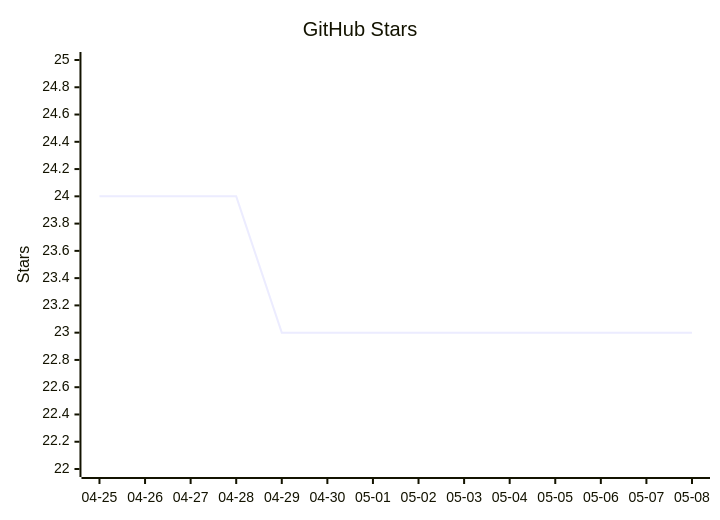
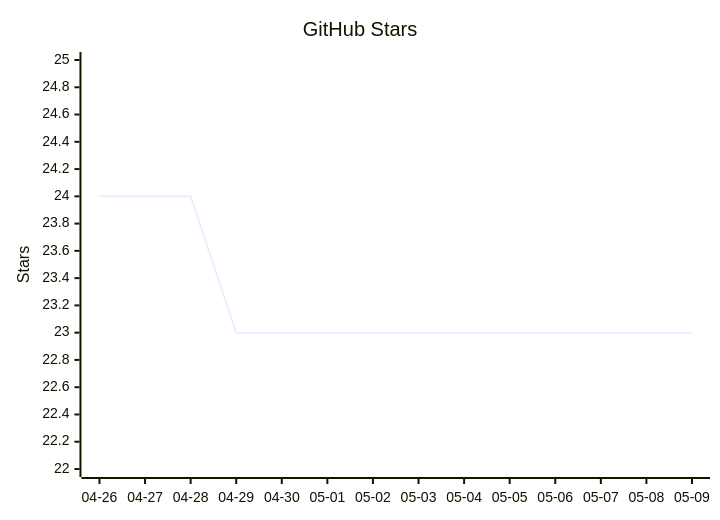
Before and after one commit to vectie/moonclaw: the diagram in README.mbt.md, drawn with Mermaid. The commit also changed other lines of this file and 1 other file, not shown here.

Commit message:
Update README star growth

````diff
--- a/README.mbt.md
+++ b/README.mbt.md
@@ -489,7 +489,7 @@
 ```mermaid
 xychart-beta
     title "GitHub Stars"
-    x-axis ["04-25","04-26","04-27","04-28","04-29","04-30","05-01","05-02","05-03","05-04","05-05","05-06","05-07","05-08"]
+    x-axis ["04-26","04-27","04-28","04-29","04-30","05-01","05-02","05-03","05-04","05-05","05-06","05-07","05-08","05-09"]
     y-axis "Stars" 22 --> 25
-    line [24,24,24,24,23,23,23,23,23,23,23,23,23,23]
+    line [24,24,24,23,23,23,23,23,23,23,23,23,23,23]
 ```
````
